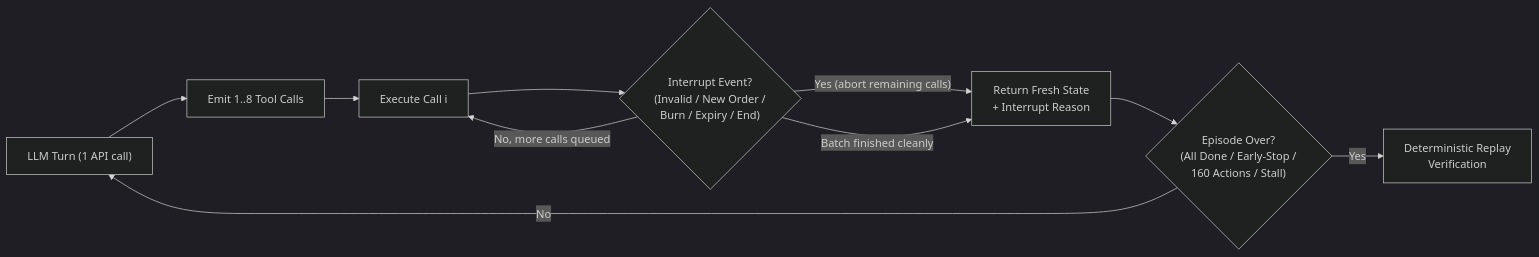
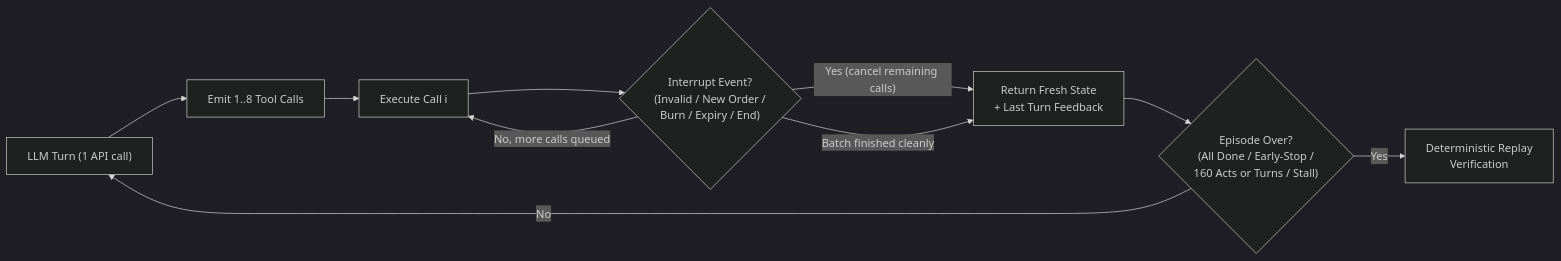
The diagram in docs/v3/DESIGN_DOC.md (bassimeledath/kitchen-rush), drawn with Mermaid (dark theme) before and after one commit. The commit also changed other lines of this file and 8 other files, not shown here.

````diff
--- a/docs/v3/DESIGN_DOC.md
+++ b/docs/v3/DESIGN_DOC.md
@@ -59,12 +65,12 @@
 ```mermaid
 flowchart LR
     A["LLM Turn (1 API call)"] --> B["Emit 1..8 Tool Calls"]
     B --> C["Execute Call i"]
     C --> D{"Interrupt Event?\n(Invalid / New Order /\nBurn / Expiry / End)"}
     D -- "No, more calls queued" --> C
-    D -- "Yes (abort remaining calls)" --> E["Return Fresh State\n+ Interrupt Reason"]
+    D -- "Yes (cancel remaining calls)" --> E["Return Fresh State\n+ Last Turn Feedback"]
     D -- "Batch finished cleanly" --> E
-    E --> F{"Episode Over?\n(All Done / Early-Stop /\n160 Actions / Stall)"}
+    E --> F{"Episode Over?\n(All Done / Early-Stop /\n160 Acts or Turns / Stall)"}
     F -- "No" --> A
     F -- "Yes" --> G["Deterministic Replay\nVerification"]
 ```
````
